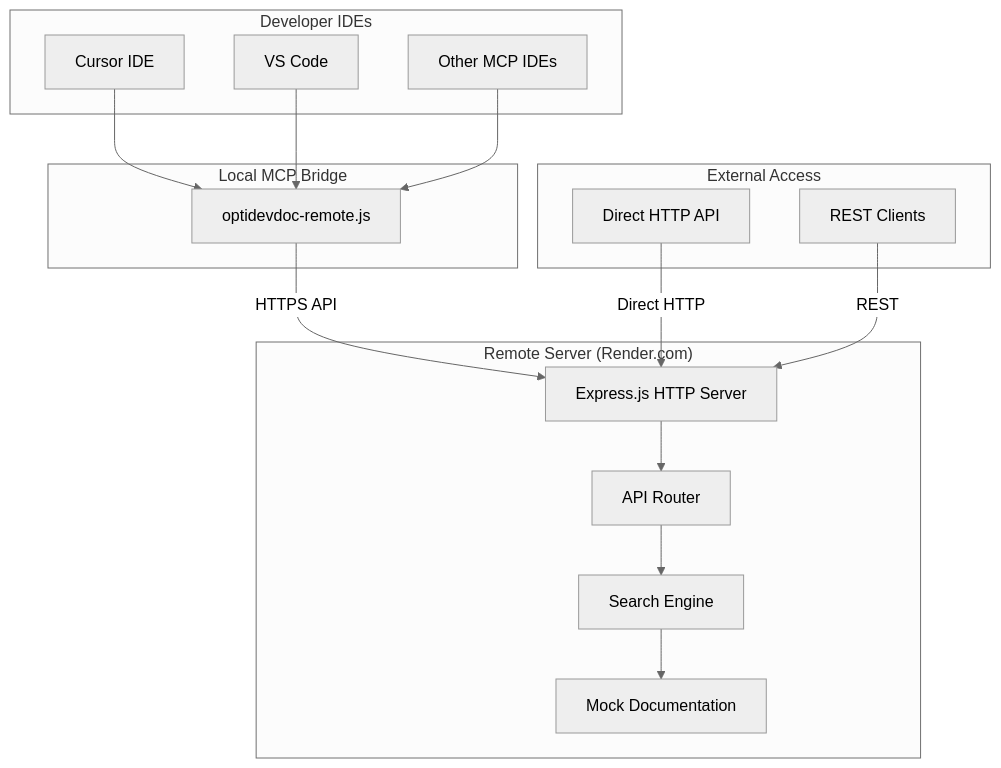
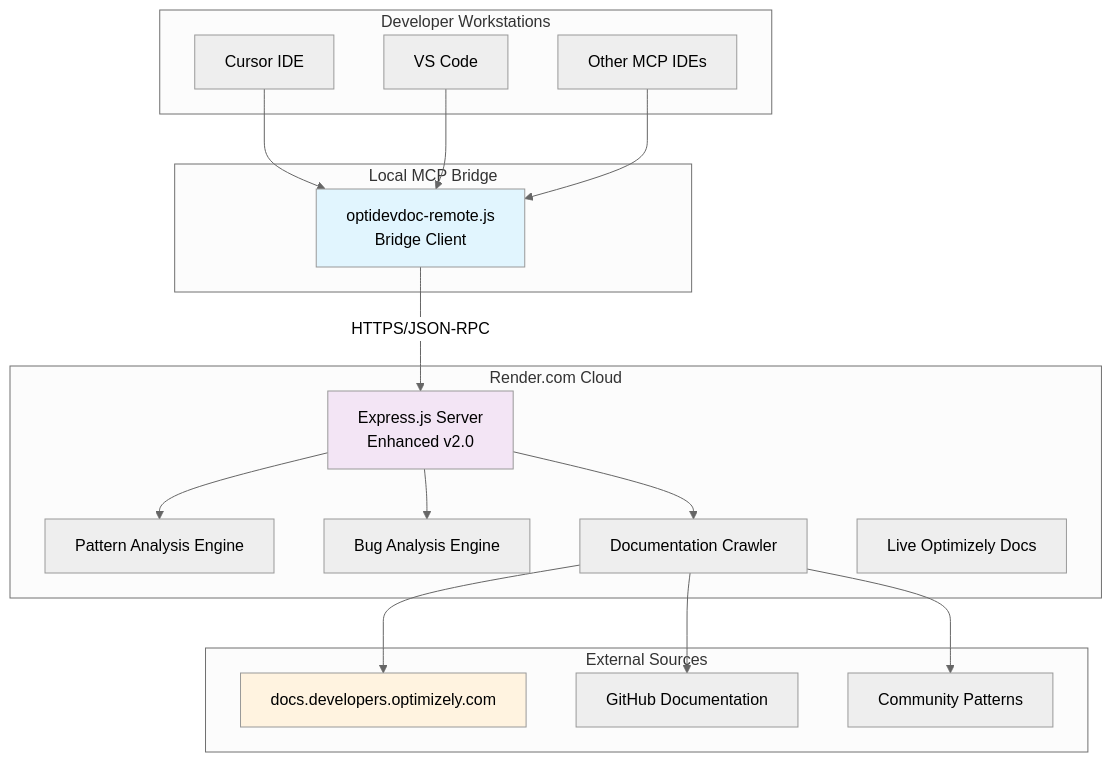
The first of 7 diagrams in Resources/ARCHITECTURE.md (biswajitpanday/Optivise), drawn with Mermaid (neutral theme) before and after one commit. The commit also changed other lines of this file and 6 other files, not shown here.

````diff
--- a/Resources/ARCHITECTURE.md
+++ b/Resources/ARCHITECTURE.md
@@ -11,36 +18,42 @@
 ```mermaid
 graph TB
-    subgraph "Developer IDEs"
+    subgraph "Developer Workstations"
         A[Cursor IDE]
-        B[VS Code]
+        B[VS Code] 
         C[Other MCP IDEs]
     end
     
     subgraph "Local MCP Bridge"
-        D[optidevdoc-remote.js]
+        D[optidevdoc-remote.js<br/>Bridge Client]
     end
     
-    subgraph "Remote Server (Render.com)"
-        E[Express.js HTTP Server]
-        F[API Router]
-        G[Search Engine]
-        H[Mock Documentation]
+    subgraph "Render.com Cloud"
+        E[Express.js Server<br/>Enhanced v2.0]
+        F[Pattern Analysis Engine]
+        G[Bug Analysis Engine] 
+        H[Documentation Crawler]
+        I[Live Optimizely Docs]
     end
     
-    subgraph "External Access"
-        I[Direct HTTP API]
-        J[REST Clients]
+    subgraph "External Sources"
+        J[docs.developers.optimizely.com]
+        K[GitHub Documentation]
+        L[Community Patterns]
     end
     
     A --> D
     B --> D
     C --> D
     
-    D -->|HTTPS API| E
-    I -->|Direct HTTP| E
-    J -->|REST| E
+    D -->|HTTPS/JSON-RPC| E
+    E --> F
+    E --> G
+    E --> H
+    H --> J
+    H --> K
+    H --> L
     
-    E --> F
-    F --> G
-    G --> H
+    style D fill:#e1f5fe
+    style E fill:#f3e5f5
+    style J fill:#fff3e0
 ```
````
